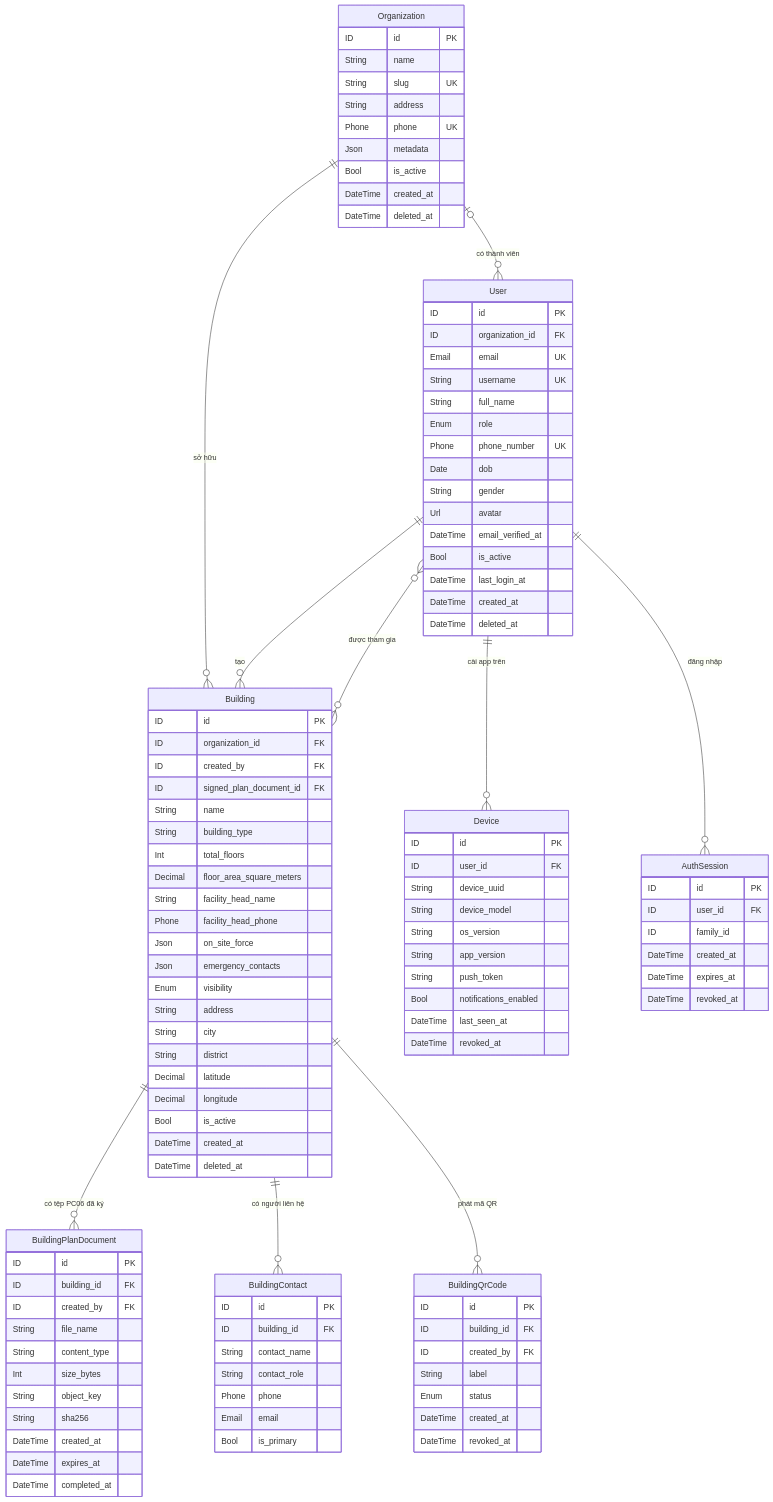
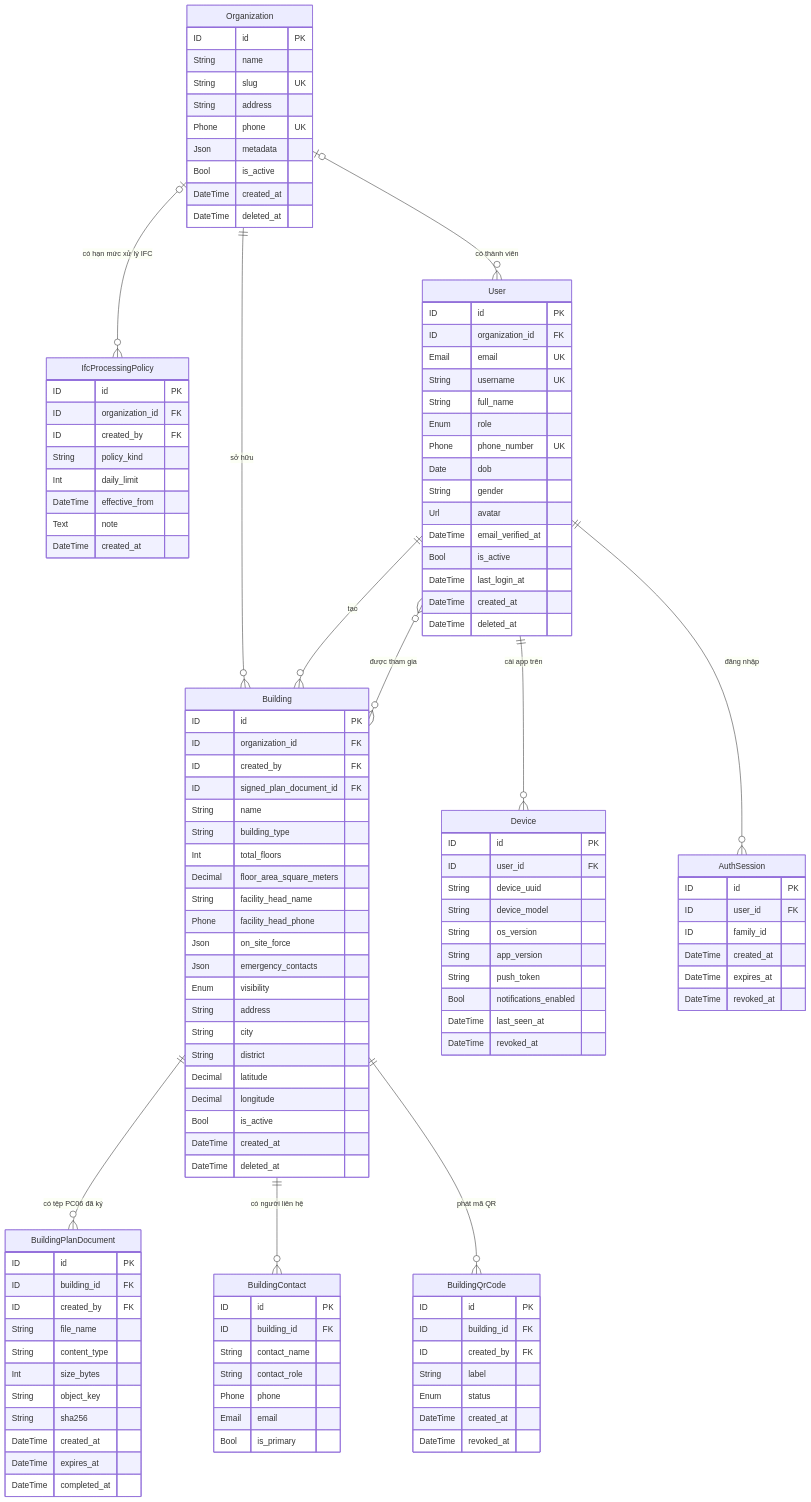
The second of 9 diagrams in ERD Logical Physical/1-Logical.md (Capstone-FA26SE186-Fire3D/Docs), drawn with Mermaid before and after one commit. The commit also changed other lines of this file and 7 other files, not shown here.

Commit message:
docs(erd): add ifc_processing_policies, drop revision_style_selections (BE main f589374)

````diff
--- a/ERD Logical Physical/1-Logical.md
+++ b/ERD Logical Physical/1-Logical.md
@@ -97,5 +97,6 @@
 ```mermaid
 erDiagram
+  Organization |o--o{ IfcProcessingPolicy : "có hạn mức xử lý IFC"
   Building ||--o{ BuildingPlanDocument : "có tệp PC06 đã ký"
   Organization |o--o{ User : "có thành viên"
   Organization ||--o{ Building : "sở hữu"
@@ -207,4 +208,14 @@
     DateTime created_at
     DateTime revoked_at
   }
+  IfcProcessingPolicy {
+    ID id PK
+    ID organization_id FK
+    ID created_by FK
+    String policy_kind
+    Int daily_limit
+    DateTime effective_from
+    Text note
+    DateTime created_at
+  }
 ```
````
